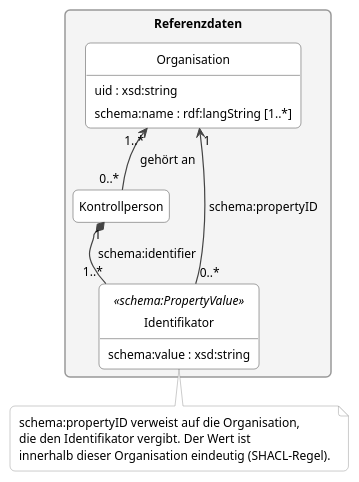
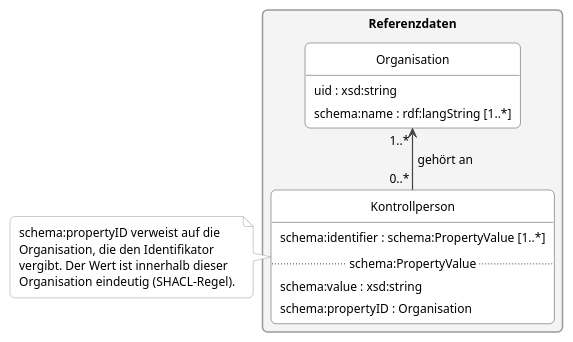
The diagram in docs/de/assets/excerpts/identifikator.puml (blw-ofag-ufag/eCH-0264), drawn with PlantUML before and after one commit. The commit also changed 24 other files, not shown here.

```diff
--- a/docs/de/assets/excerpts/identifikator.puml
+++ b/docs/de/assets/excerpts/identifikator.puml
@@ -1,40 +1,41 @@
 @startuml
 !pragma layout smetana
 skinparam shadowing false
 skinparam roundCorner 10
 skinparam packageStyle rectangle
 skinparam defaultFontSize 12
 skinparam Padding 3
 skinparam ArrowColor #444444
 skinparam ArrowThickness 1.2
 skinparam classBorderColor #444444
 skinparam classBackgroundColor #FFFFFF
 skinparam packageBorderColor #999999
 skinparam packageBackgroundColor #F4F4F4
 skinparam noteBorderColor #999999
 skinparam noteBackgroundColor #FFFFFF
 skinparam classAttributeIconSize 0
 skinparam legendBorderColor #999999
 skinparam legendBackgroundColor #FFFFFF
 skinparam legendFontSize 11
 hide circle
 hide empty members
 package "Referenzdaten" as REF {
   class "Organisation" as ORG {
     uid : xsd:string
     schema:name : rdf:langString [1..*]
   }
-  class "Kontrollperson" as PER
-  class "Identifikator" as PID <<schema:PropertyValue>> {
+  class "Kontrollperson" as PER {
+    schema:identifier : schema:PropertyValue [1..*]
+    .. schema:PropertyValue ..
     schema:value : xsd:string
+    schema:propertyID : Organisation
   }
 }
 PER "0..*" -up-> "1..*" ORG : gehört an
-PER "1" *-- "1..*" PID : schema:identifier
-PID "0..*" -up-> "1" ORG : schema:propertyID
-note bottom of PID
-  schema:propertyID verweist auf die Organisation,
-  die den Identifikator vergibt. Der Wert ist
-  innerhalb dieser Organisation eindeutig (SHACL-Regel).
+note right of PER
+  schema:propertyID verweist auf die
+  Organisation, die den Identifikator
+  vergibt. Der Wert ist innerhalb dieser
+  Organisation eindeutig (SHACL-Regel).
 end note
 @enduml
```
